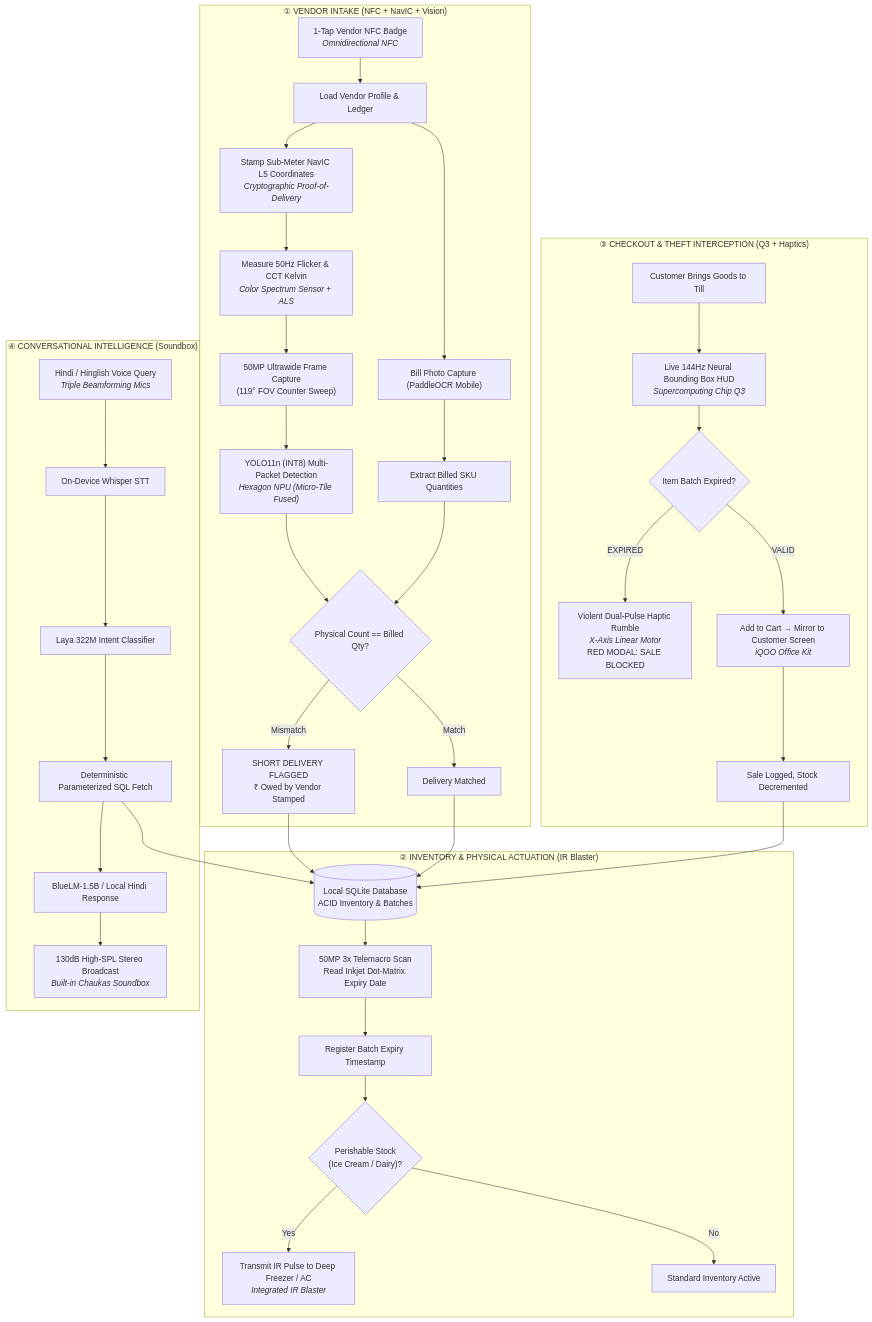
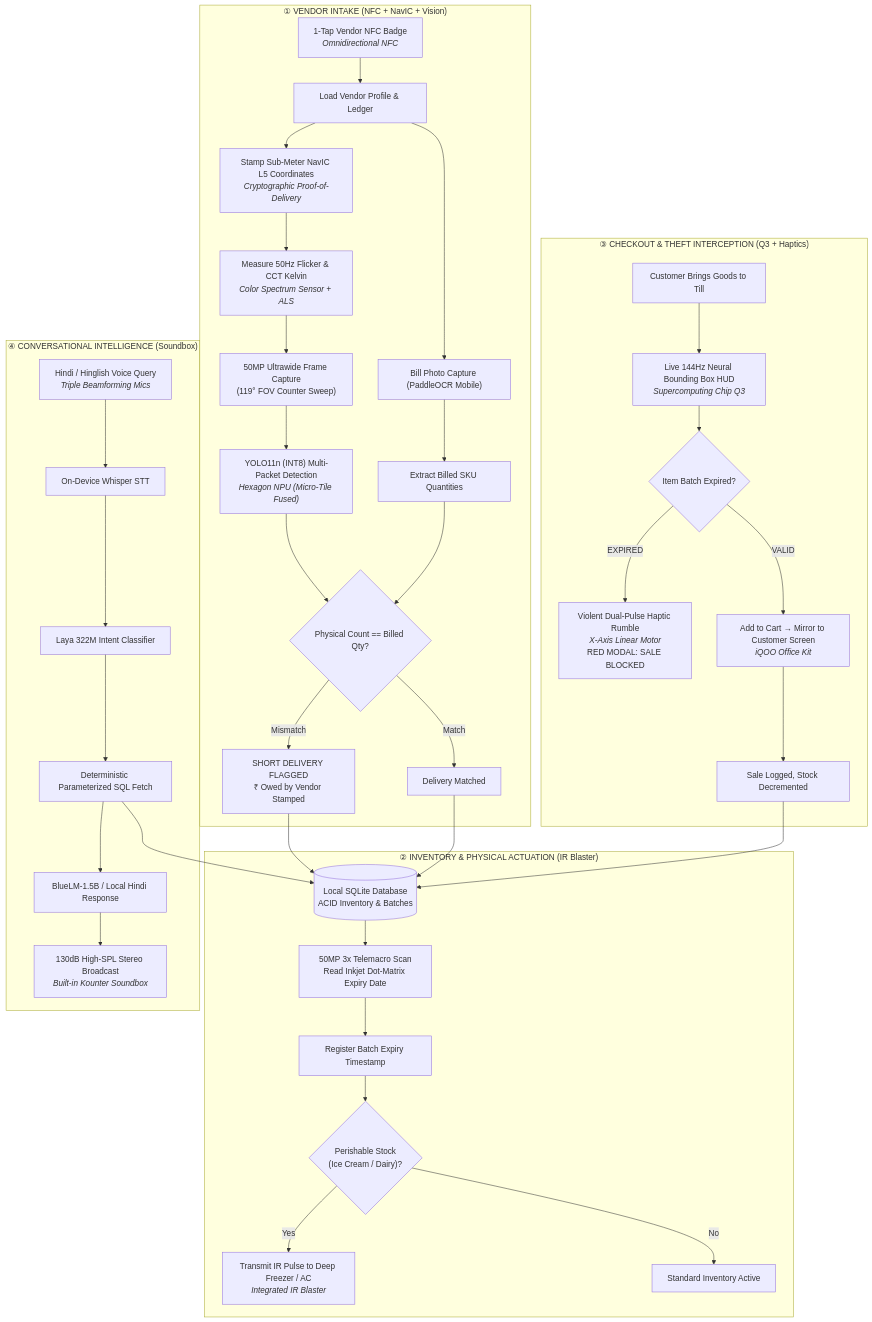
Before and after one commit to SanTiwari07/KiranaRakshak: the second of 6 diagrams in docs/01_pitch/master.md, drawn with Mermaid. The commit also changed other lines of this file and 38 other files, not shown here.

````diff
--- a/docs/01_pitch/master.md
+++ b/docs/01_pitch/master.md
@@ -160,43 +160,43 @@
 ```mermaid
 flowchart TD
     subgraph S1["① VENDOR INTAKE (NFC + NavIC + Vision)"]
         NFC["1-Tap Vendor NFC Badge<br><i>Omnidirectional NFC</i>"] --> VPROF["Load Vendor Profile & Ledger"]
         VPROF --> NAVIC["Stamp Sub-Meter NavIC L5 Coordinates<br><i>Cryptographic Proof-of-Delivery</i>"]
         NAVIC --> ALS["Measure 50Hz Flicker & CCT Kelvin<br><i>Color Spectrum Sensor + ALS</i>"]
         ALS --> CAM1["50MP Ultrawide Frame Capture<br>(119° FOV Counter Sweep)"]
         CAM1 --> YOLO["YOLO11n (INT8) Multi-Packet Detection<br><i>Hexagon NPU (Micro-Tile Fused)</i>"]
         VPROF --> CAM2["Bill Photo Capture (PaddleOCR Mobile)"]
         CAM2 --> OCR["Extract Billed SKU Quantities"]
         YOLO & OCR --> RECON{"Physical Count == Billed Qty?"}
         RECON -->|Mismatch| SHORT["SHORT DELIVERY FLAGGED<br>₹ Owed by Vendor Stamped"]
         RECON -->|Match| MATCH["Delivery Matched"]
     end
 
     subgraph S2["② INVENTORY & PHYSICAL ACTUATION (IR Blaster)"]
         SHORT & MATCH --> SAVE[("Local SQLite Database<br>ACID Inventory & Batches")]
         SAVE --> PERI["50MP 3x Telemacro Scan<br>Read Inkjet Dot-Matrix Expiry Date"]
         PERI --> EXP_REG["Register Batch Expiry Timestamp"]
         EXP_REG --> IR{"Perishable Stock<br>(Ice Cream / Dairy)?"}
         IR -->|Yes| ACTUATE["Transmit IR Pulse to Deep Freezer / AC<br><i>Integrated IR Blaster</i>"]
         IR -->|No| IDLE["Standard Inventory Active"]
     end
 
     subgraph S3["③ CHECKOUT & THEFT INTERCEPTION (Q3 + Haptics)"]
         CUST["Customer Brings Goods to Till"] --> Q3_HUD["Live 144Hz Neural Bounding Box HUD<br><i>Supercomputing Chip Q3</i>"]
         Q3_HUD --> POS_CHK{"Item Batch Expired?"}
         POS_CHK -->|EXPIRED| BUZZ["Violent Dual-Pulse Haptic Rumble<br><i>X-Axis Linear Motor</i><br>RED MODAL: SALE BLOCKED"]
         POS_CHK -->|VALID| ADD_CART["Add to Cart → Mirror to Customer Screen<br><i>iQOO Office Kit</i>"]
         ADD_CART --> SOLD["Sale Logged, Stock Decremented"]
     end
 
     subgraph S4["④ CONVERSATIONAL INTELLIGENCE (Soundbox)"]
         HINDI_Q["Hindi / Hinglish Voice Query<br><i>Triple Beamforming Mics</i>"] --> STT["On-Device Whisper STT"]
         STT --> LAYA["Laya 322M Intent Classifier"]
         LAYA --> SQL["Deterministic Parameterized SQL Fetch"]
         SQL --> SAVE
         SQL --> BLUE["BlueLM-1.5B / Local Hindi Response"]
-        BLUE --> SBOX["130dB High-SPL Stereo Broadcast<br><i>Built-in Chaukas Soundbox</i>"]
+        BLUE --> SBOX["130dB High-SPL Stereo Broadcast<br><i>Built-in Kounter Soundbox</i>"]
     end
 
     SOLD --> SAVE
 ```
````
